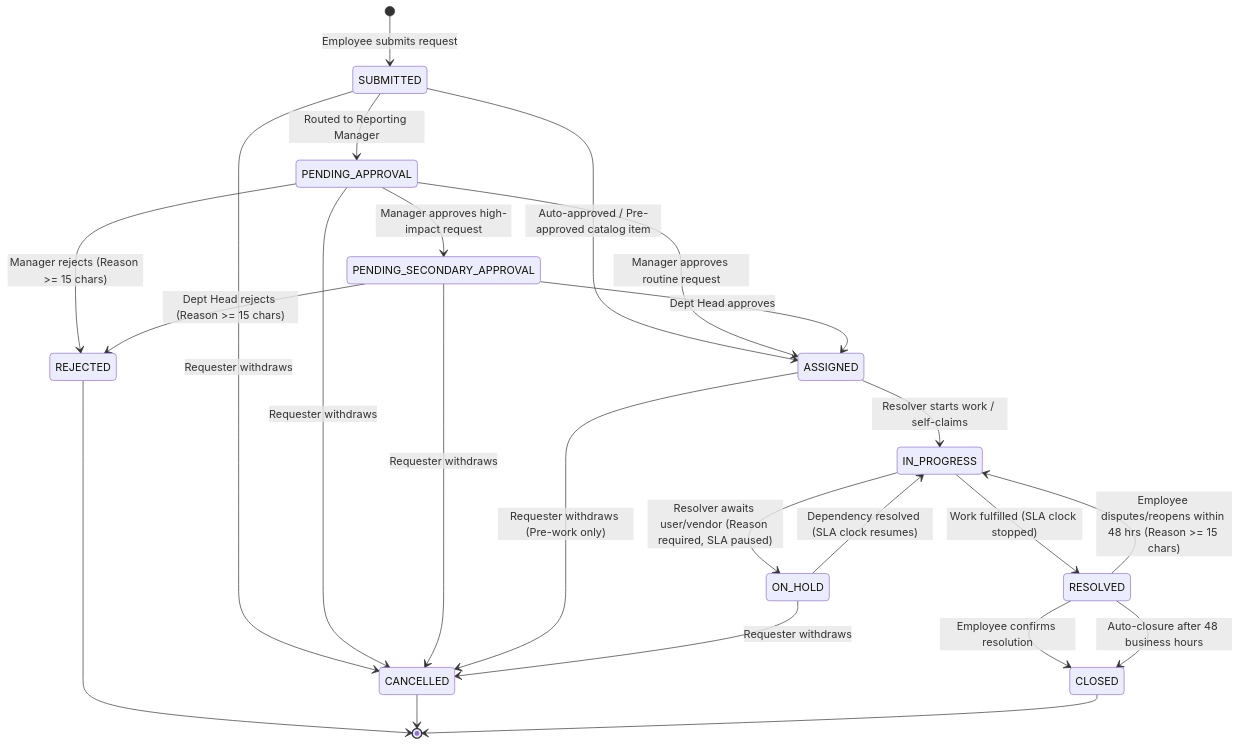
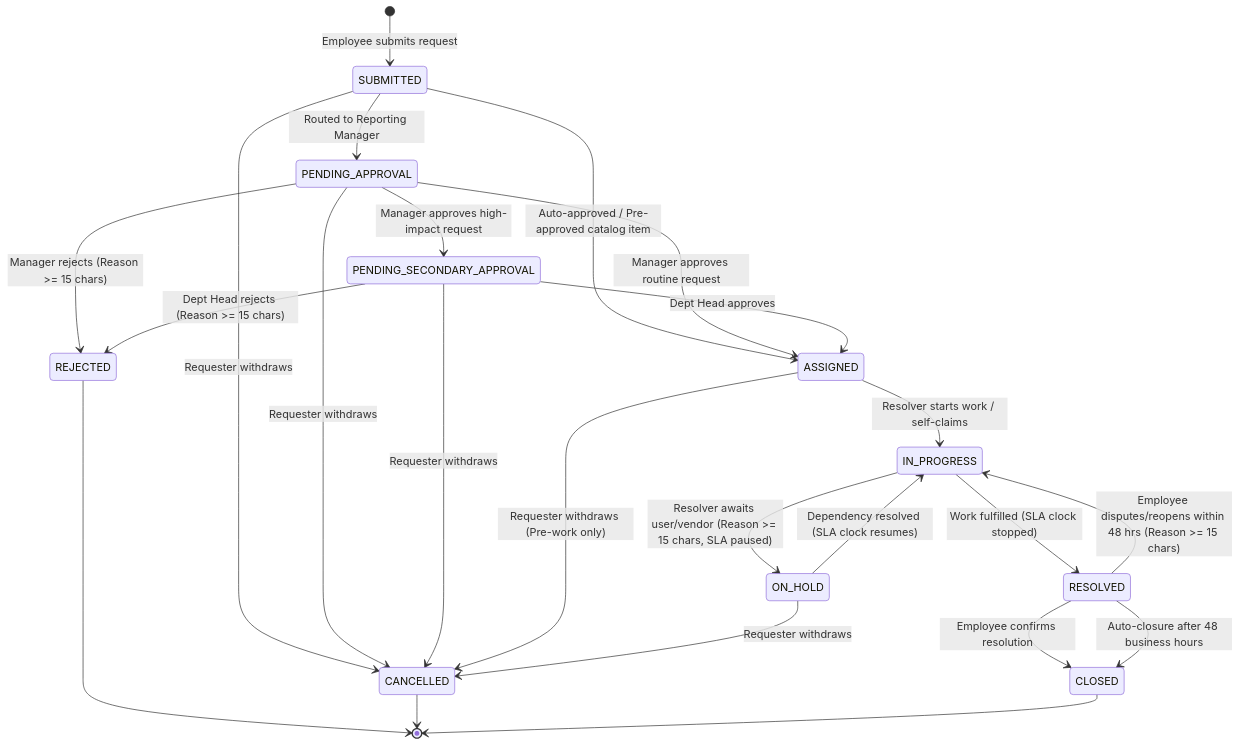
One commit to iyyappanecys033/EMPORA changed the eighth of 9 diagrams in docs/architecture/HLD.md. Above: the diagram before and after it, drawn with Mermaid. The commit also changed other lines of this file and 20 other files, not shown here.

````diff
--- a/docs/architecture/HLD.md
+++ b/docs/architecture/HLD.md
@@ -357,34 +381,34 @@
 ```mermaid
 stateDiagram-v2
     [*] --> SUBMITTED : Employee submits request
 
     SUBMITTED --> PENDING_APPROVAL : Routed to Reporting Manager
     SUBMITTED --> ASSIGNED : Auto-approved / Pre-approved catalog item
     SUBMITTED --> CANCELLED : Requester withdraws
 
     PENDING_APPROVAL --> PENDING_SECONDARY_APPROVAL : Manager approves high-impact request
     PENDING_APPROVAL --> ASSIGNED : Manager approves routine request
     PENDING_APPROVAL --> REJECTED : Manager rejects (Reason >= 15 chars)
     PENDING_APPROVAL --> CANCELLED : Requester withdraws
 
     PENDING_SECONDARY_APPROVAL --> ASSIGNED : Dept Head approves
     PENDING_SECONDARY_APPROVAL --> REJECTED : Dept Head rejects (Reason >= 15 chars)
     PENDING_SECONDARY_APPROVAL --> CANCELLED : Requester withdraws
 
     ASSIGNED --> IN_PROGRESS : Resolver starts work / self-claims
     ASSIGNED --> CANCELLED : Requester withdraws (Pre-work only)
 
-    IN_PROGRESS --> ON_HOLD : Resolver awaits user/vendor (Reason required, SLA paused)
+    IN_PROGRESS --> ON_HOLD : Resolver awaits user/vendor (Reason >= 15 chars, SLA paused)
     IN_PROGRESS --> RESOLVED : Work fulfilled (SLA clock stopped)
 
     ON_HOLD --> IN_PROGRESS : Dependency resolved (SLA clock resumes)
     ON_HOLD --> CANCELLED : Requester withdraws
 
     RESOLVED --> CLOSED : Employee confirms resolution
     RESOLVED --> CLOSED : Auto-closure after 48 business hours
     RESOLVED --> IN_PROGRESS : Employee disputes/reopens within 48 hrs (Reason >= 15 chars)
 
     REJECTED --> [*]
     CANCELLED --> [*]
     CLOSED --> [*]
 ```
````
